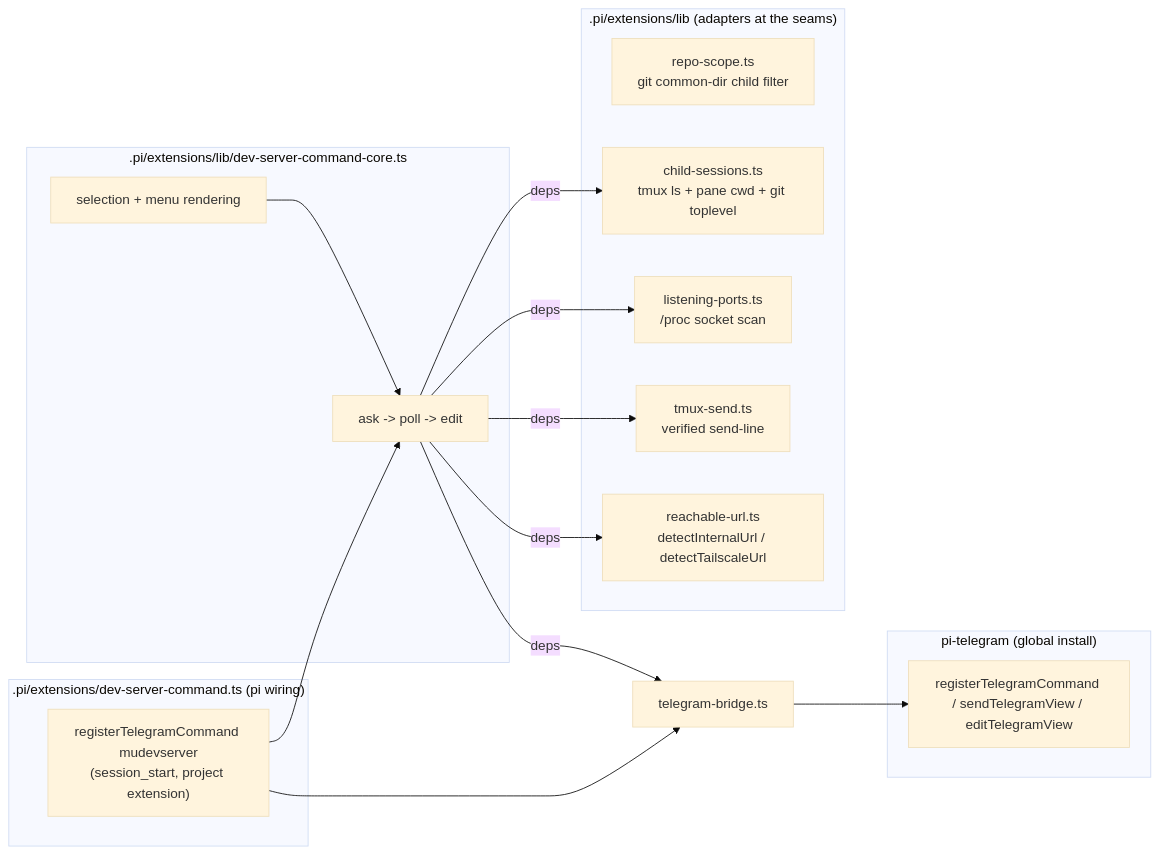
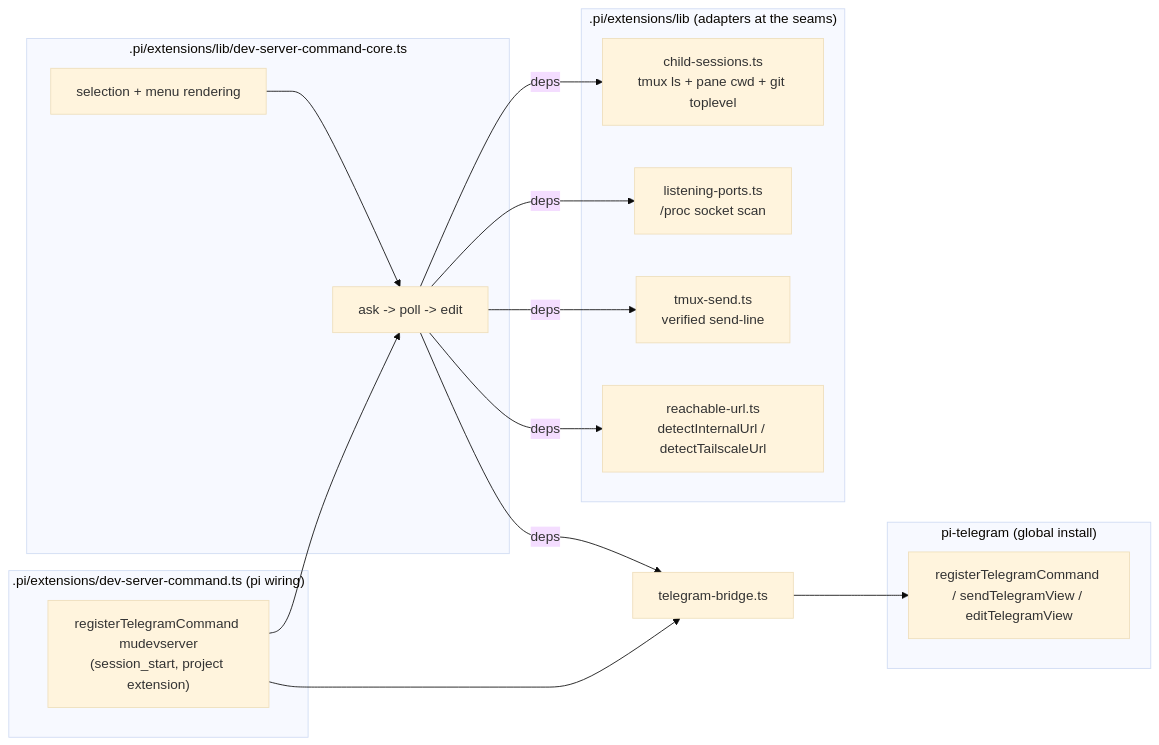
Before and after one commit to jseto/ai-commander: the diagram in specs/dev-server-command/dev-server-command-design.md, drawn with Mermaid (base theme). The commit also changed other lines of this file and 7 other files, not shown here.

````diff
--- a/specs/dev-server-command/dev-server-command-design.md
+++ b/specs/dev-server-command/dev-server-command-design.md
@@ -128,30 +131,29 @@
 ```mermaid
 flowchart LR
   subgraph wiring [".pi/extensions/dev-server-command.ts (pi wiring)"]
     CMD["registerTelegramCommand mudevserver\n(session_start, project extension)"]
   end
   subgraph core [".pi/extensions/lib/dev-server-command-core.ts"]
     SEL["selection + menu rendering"]
     FLOW["ask -> poll -> edit"]
   end
   subgraph adapters [".pi/extensions/lib (adapters at the seams)"]
-    RS["repo-scope.ts\ngit common-dir child filter"]
     CS["child-sessions.ts\ntmux ls + pane cwd + git toplevel"]
     LP["listening-ports.ts\n/proc socket scan"]
     TS["tmux-send.ts\nverified send-line"]
     RU["reachable-url.ts\ndetectInternalUrl / detectTailscaleUrl"]
   end
   BR["telegram-bridge.ts"]
   subgraph tg ["pi-telegram (global install)"]
     SV["registerTelegramCommand / sendTelegramView / editTelegramView"]
   end
   CMD --> FLOW
   SEL --> FLOW
   CMD --> BR
   BR --> SV
   FLOW -->|deps| CS
   FLOW -->|deps| LP
   FLOW -->|deps| TS
   FLOW -->|deps| RU
   FLOW -->|deps| BR
 ```
````
